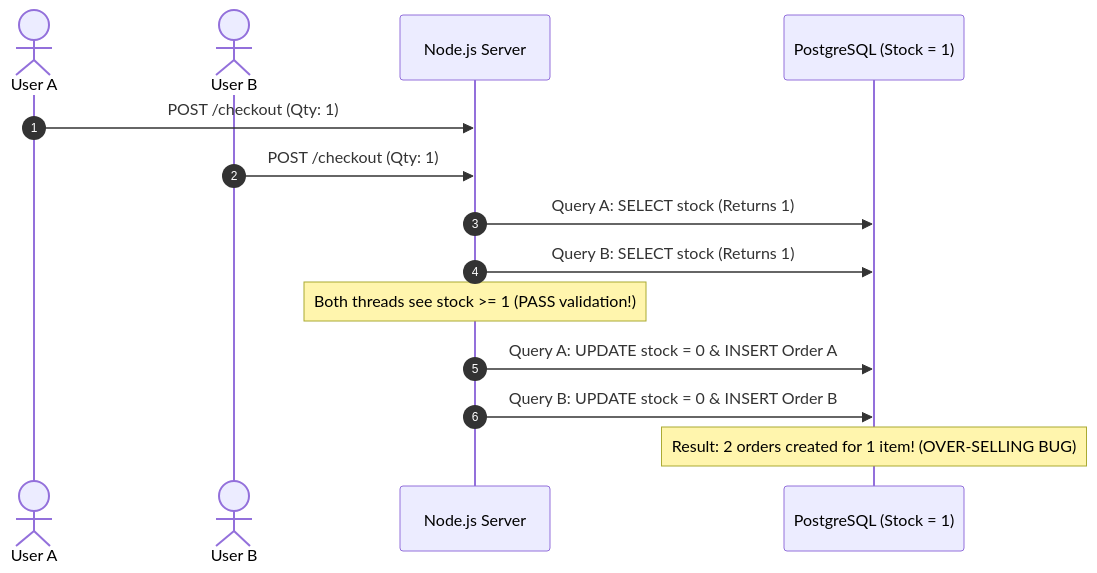
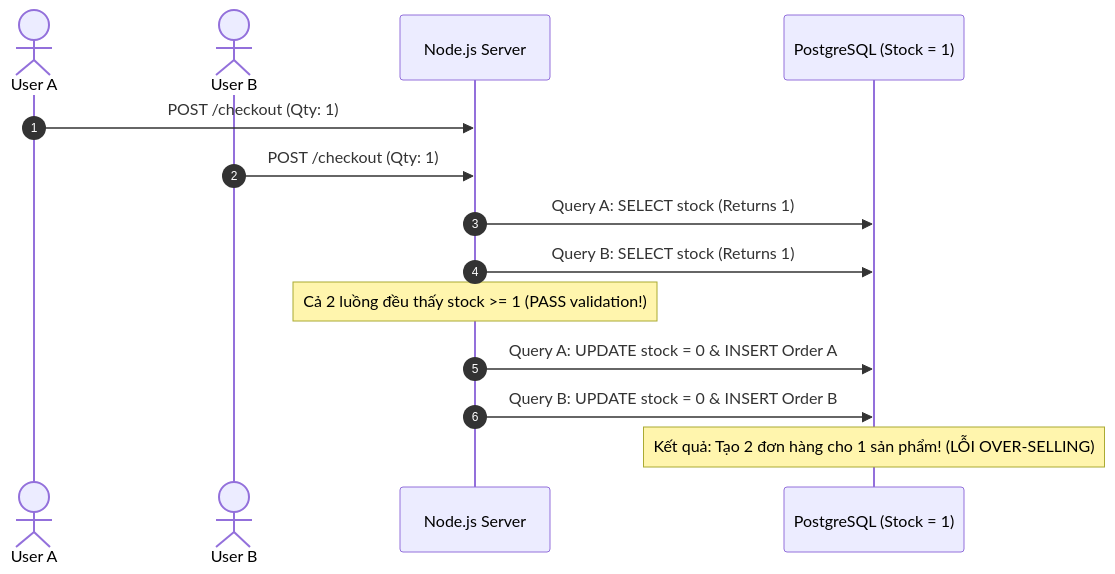
The first of 2 diagrams in README.md (qucthih/Flash-Sale-System), drawn with Mermaid before and after one commit. The commit also changed other lines of this file and 8 other files, not shown here.

Commit message:
finalize docker-compose setup, load test benchmarks and system architecture readme

````diff
--- a/README.md
+++ b/README.md
@@ -19,21 +20,21 @@
 ```mermaid
 sequenceDiagram
     autonumber
     actor User A
     actor User B
     participant App as Node.js Server
     participant DB as PostgreSQL (Stock = 1)
 
     User A->>App: POST /checkout (Qty: 1)
     User B->>App: POST /checkout (Qty: 1)
 
     App->>DB: Query A: SELECT stock (Returns 1)
     App->>DB: Query B: SELECT stock (Returns 1)
 
-    Note over App: Both threads see stock >= 1 (PASS validation!)
+    Note over App: Cả 2 luồng đều thấy stock >= 1 (PASS validation!)
 
     App->>DB: Query A: UPDATE stock = 0 & INSERT Order A
     App->>DB: Query B: UPDATE stock = 0 & INSERT Order B
 
-    Note over DB: Result: 2 orders created for 1 item! (OVER-SELLING BUG)
+    Note over DB: Kết quả: Tạo 2 đơn hàng cho 1 sản phẩm! (LỖI OVER-SELLING)
 ```
````
